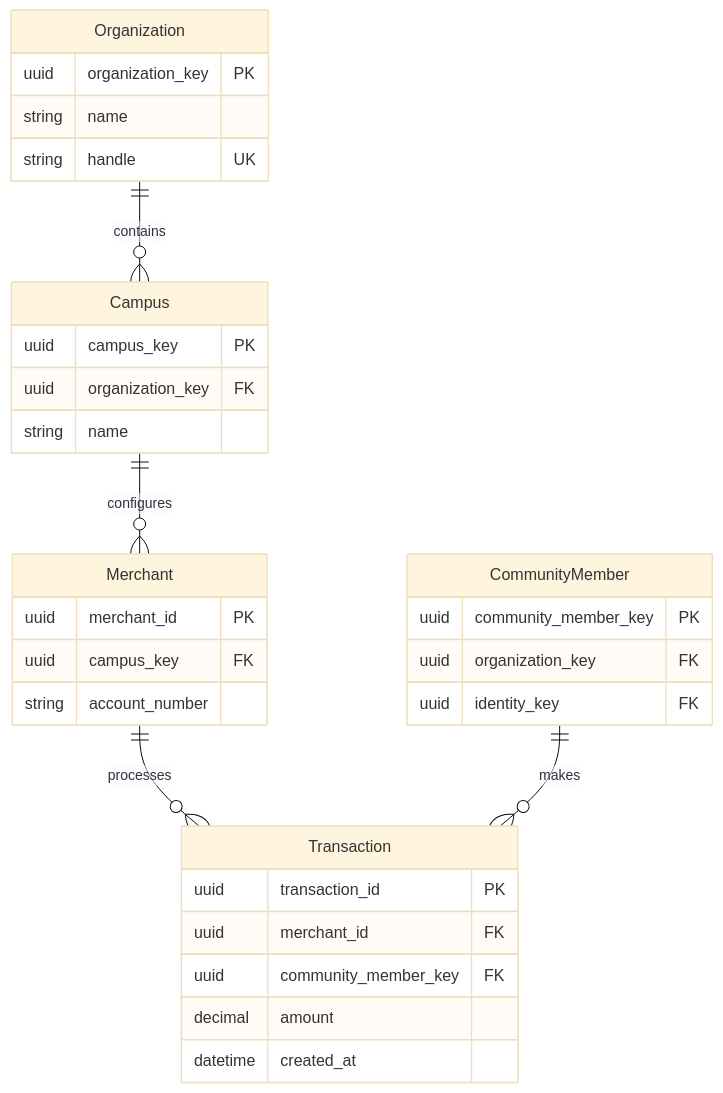
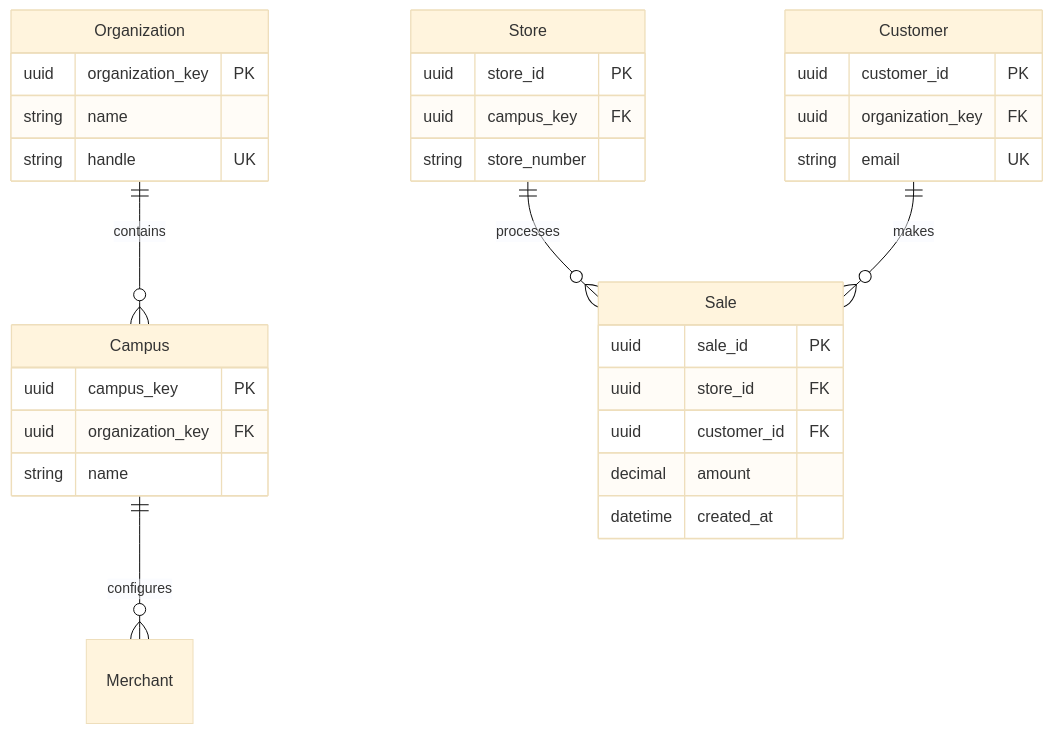
The fourth of 4 diagrams in config/skills/core/mermaid-diagrams/references/er-diagram.md (gavinmcfall/agentic-config), drawn with Mermaid (base theme) before and after one commit. The commit also changed 4 other files, not shown here.

````diff
--- a/config/skills/core/mermaid-diagrams/references/er-diagram.md
+++ b/config/skills/core/mermaid-diagrams/references/er-diagram.md
@@ -84,41 +84,41 @@
 ```mermaid
 erDiagram
     Organization ||--o{ Campus : contains
     Organization {
         uuid organization_key PK
         string name
         string handle UK
     }
 
     Campus ||--o{ Merchant : configures
     Campus {
         uuid campus_key PK
         uuid organization_key FK
         string name
     }
 
-    Merchant ||--o{ Transaction : processes
-    Merchant {
-        uuid merchant_id PK
+    Store ||--o{ Sale : processes
+    Store {
+        uuid store_id PK
         uuid campus_key FK
-        string account_number
+        string store_number
     }
 
-    CommunityMember ||--o{ Transaction : makes
-    CommunityMember {
-        uuid community_member_key PK
+    Customer ||--o{ Sale : makes
+    Customer {
+        uuid customer_id PK
         uuid organization_key FK
-        uuid identity_key FK
+        string email UK
     }
 
-    Transaction {
-        uuid transaction_id PK
-        uuid merchant_id FK
-        uuid community_member_key FK
+    Sale {
+        uuid sale_id PK
+        uuid store_id FK
+        uuid customer_id FK
         decimal amount
         datetime created_at
     }
 
-    %% MEANING: Giving platform core entities
+    %% MEANING: Multi-tenant retail platform core entities
     %% PATTERN: Organization owns all, scoped by org key
 ```
````
